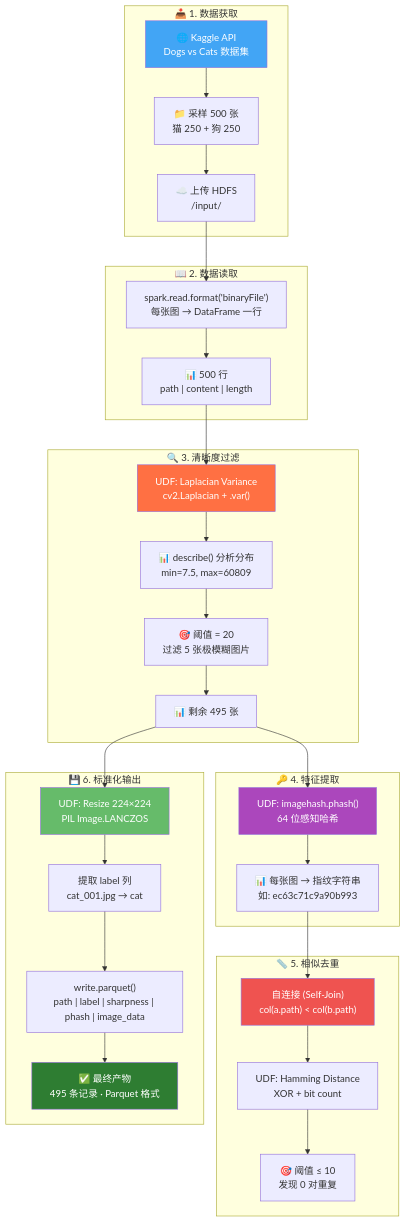
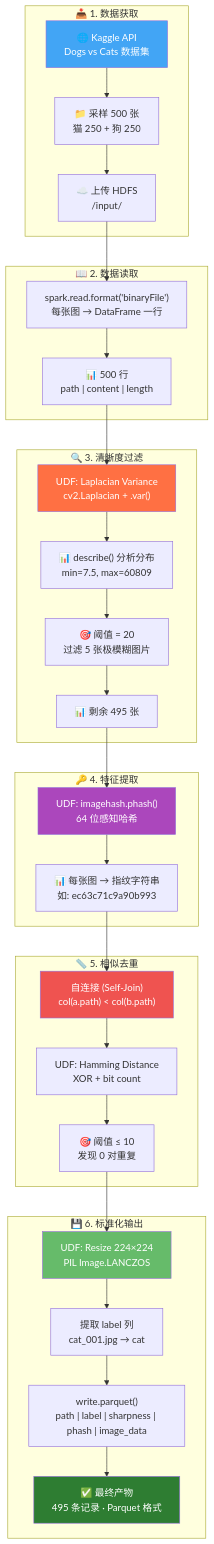
The diagram in README.md (lsq2005/image-pipeline), drawn with Mermaid before and after one commit. The commit also changed other lines of this file and 1 other file, not shown here.

Commit message:
完善项目：修复流程图逻辑、补充数据采样说明、环境要求、.gitattributes

````diff
--- a/README.md
+++ b/README.md
@@ -24,44 +24,44 @@
 ```mermaid
 graph TB
     subgraph "📥 1. 数据获取"
         A1["🌐 Kaggle API<br/>Dogs vs Cats 数据集"] --> A2["📁 采样 500 张<br/>猫 250 + 狗 250"]
         A2 --> A3["☁️ 上传 HDFS<br/>/input/"]
     end
 
     subgraph "📖 2. 数据读取"
         A3 --> B1["spark.read.format('binaryFile')<br/>每张图 → DataFrame 一行"]
         B1 --> B2["📊 500 行<br/>path | content | length"]
     end
 
     subgraph "🔍 3. 清晰度过滤"
         B2 --> C1["UDF: Laplacian Variance<br/>cv2.Laplacian + .var()"]
         C1 --> C2["📊 describe() 分析分布<br/>min=7.5, max=60809"]
         C2 --> C3["🎯 阈值 = 20<br/>过滤 5 张极模糊图片"]
         C3 --> C4["📊 剩余 495 张"]
     end
 
     subgraph "🔑 4. 特征提取"
         C4 --> D1["UDF: imagehash.phash()<br/>64 位感知哈希"]
         D1 --> D2["📊 每张图 → 指纹字符串<br/>如: ec63c71c9a90b993"]
     end
 
     subgraph "📏 5. 相似去重"
         D2 --> E1["自连接 (Self-Join)<br/>col(a.path) < col(b.path)"]
         E1 --> E2["UDF: Hamming Distance<br/>XOR + bit count"]
         E2 --> E3["🎯 阈值 ≤ 10<br/>发现 0 对重复"]
     end
 
     subgraph "💾 6. 标准化输出"
-        C4 --> F1["UDF: Resize 224×224<br/>PIL Image.LANCZOS"]
+        E3 --> F1["UDF: Resize 224×224<br/>PIL Image.LANCZOS"]
         F1 --> F2["提取 label 列<br/>cat_001.jpg → cat"]
         F2 --> F3["write.parquet()<br/>path | label | sharpness | phash | image_data"]
         F3 --> F4["✅ 最终产物<br/>495 条记录 · Parquet 格式"]
     end
 
     style A1 fill:#42A5F5,color:#fff
     style C1 fill:#FF7043,color:#fff
     style D1 fill:#AB47BC,color:#fff
     style E1 fill:#EF5350,color:#fff
     style F1 fill:#66BB6A,color:#fff
     style F4 fill:#2E7D32,color:#fff
 ```
````
